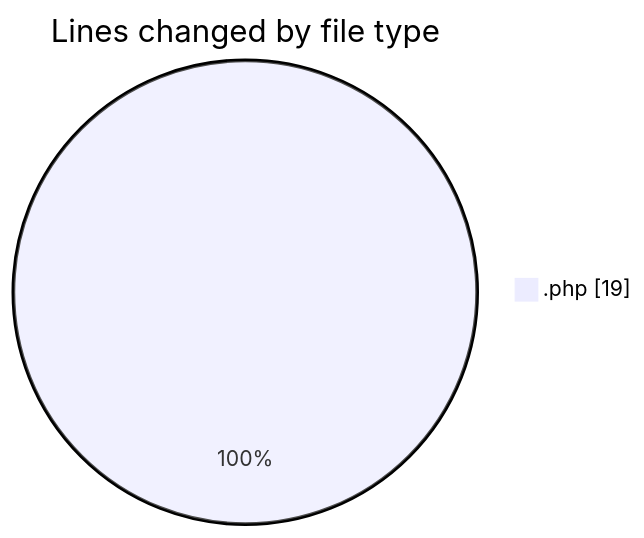
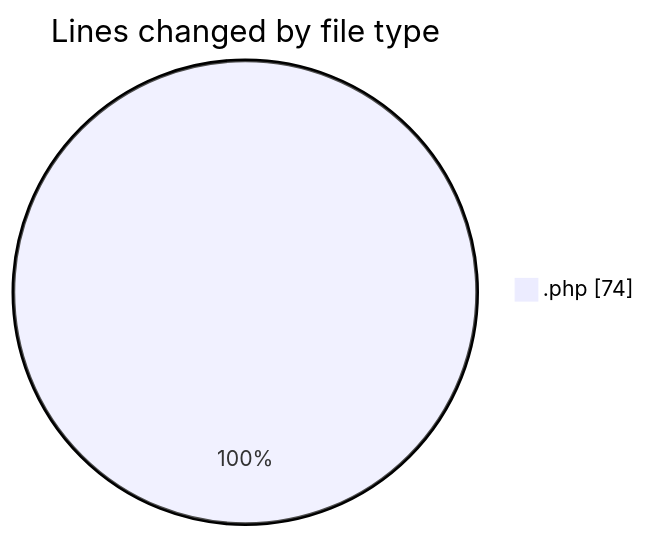
The first of 2 diagrams in 2025-04-14/web/README.md (LanceThiago/code-tracking), drawn with Mermaid before and after one commit. The commit also changed other lines of this file and 1 other file, not shown here.

````diff
--- a/2025-04-14/web/README.md
+++ b/2025-04-14/web/README.md
@@ -20,5 +21,5 @@
 ```mermaid
 pie showData
 title Lines changed by file type
-".php" : 19
+".php" : 74
 ```
````
